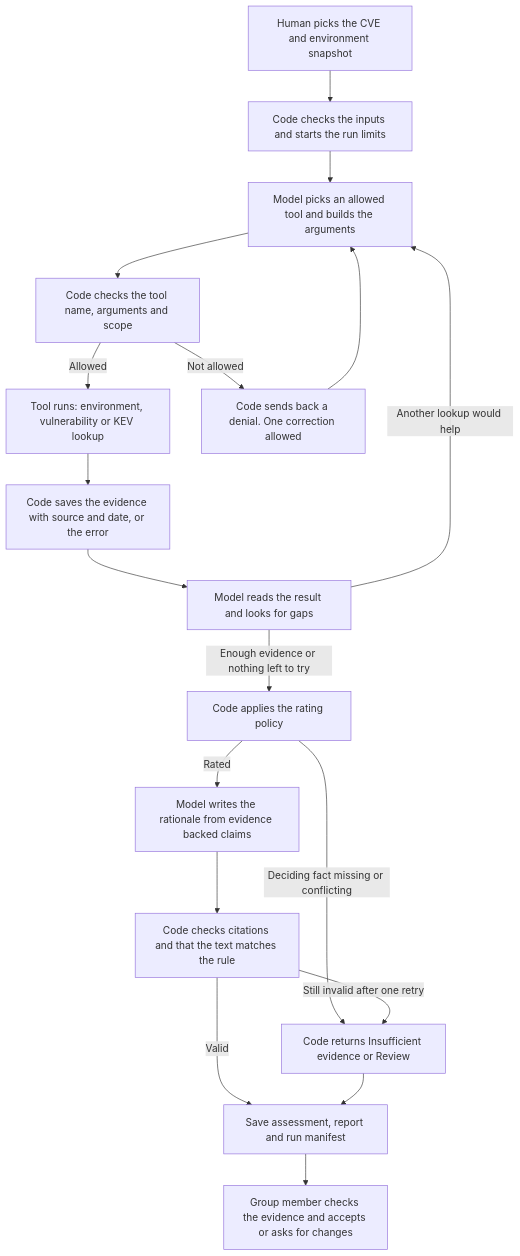
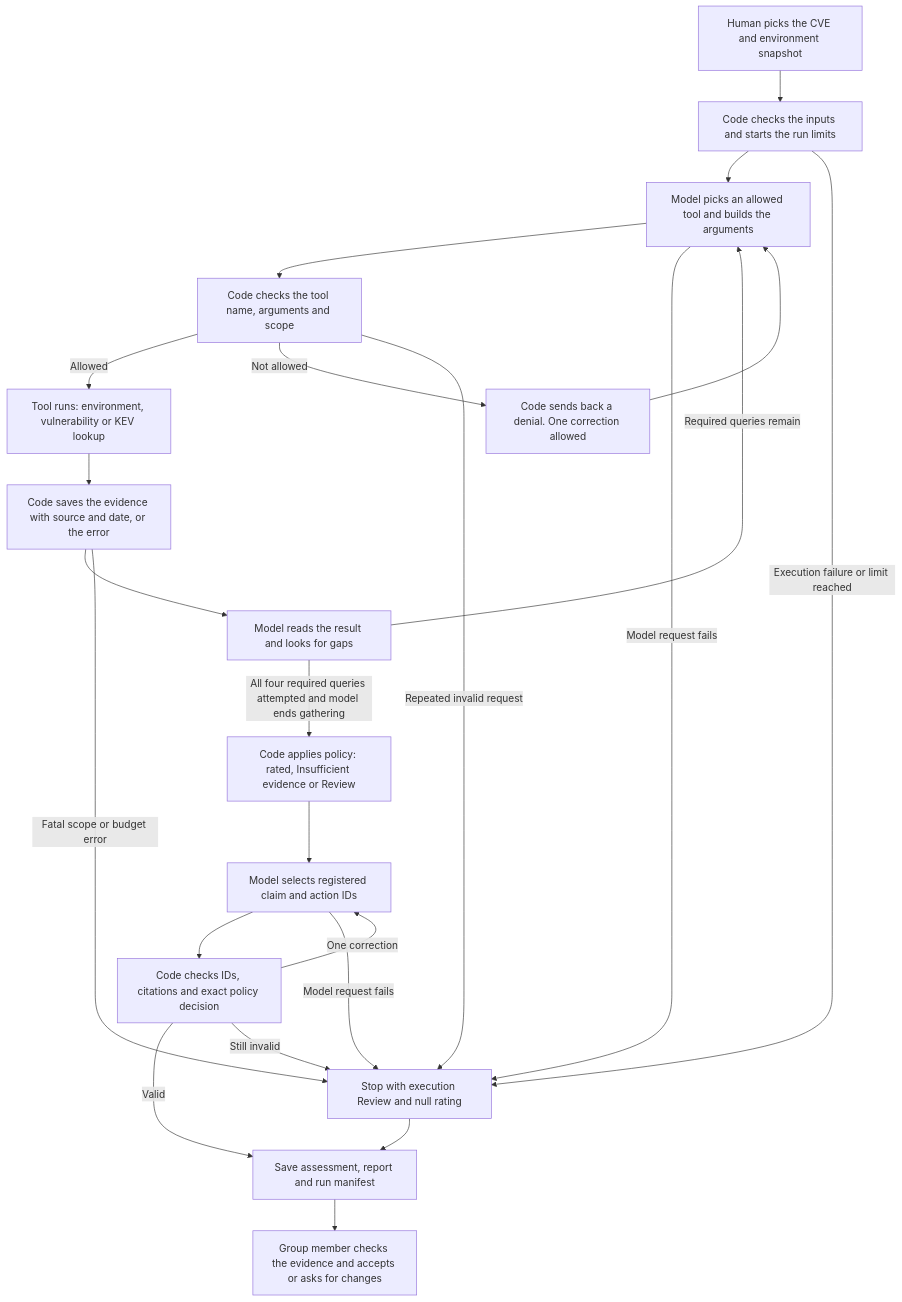
The diagram in docs/STEP_1_DESIGN.md (Deekshitha2203/security-triage-agent-cybersec590), drawn with Mermaid before and after one commit. The commit also changed other lines of this file and 5 other files, not shown here.

````diff
--- a/docs/STEP_1_DESIGN.md
+++ b/docs/STEP_1_DESIGN.md
@@ -107,20 +114,25 @@
 ```mermaid
 flowchart TD
     A[Human picks the CVE and environment snapshot] --> B[Code checks the inputs and starts the run limits]
     B --> C[Model picks an allowed tool and builds the arguments]
     C --> D[Code checks the tool name, arguments and scope]
     D -->|Allowed| E[Tool runs: environment, vulnerability or KEV lookup]
     D -->|Not allowed| F[Code sends back a denial. One correction allowed]
     F --> C
     E --> G[Code saves the evidence with source and date, or the error]
     G --> H[Model reads the result and looks for gaps]
-    H -->|Another lookup would help| C
-    H -->|Enough evidence or nothing left to try| I[Code applies the rating policy]
-    I -->|Rated| J[Model writes the rationale from evidence backed claims]
-    I -->|Deciding fact missing or conflicting| K[Code returns Insufficient evidence or Review]
-    J --> L[Code checks citations and that the text matches the rule]
+    H -->|Required queries remain| C
+    H -->|All four required queries attempted and model ends gathering| I[Code applies policy: rated, Insufficient evidence or Review]
+    I --> J[Model selects registered claim and action IDs]
+    J --> L[Code checks IDs, citations and exact policy decision]
     L -->|Valid| M[Save assessment, report and run manifest]
-    L -->|Still invalid after one retry| K
+    L -->|One correction| J
+    L -->|Still invalid| K[Stop with execution Review and null rating]
     K --> M
+    B -->|Execution failure or limit reached| K
+    C -->|Model request fails| K
+    J -->|Model request fails| K
+    D -->|Repeated invalid request| K
+    G -->|Fatal scope or budget error| K
     M --> N[Group member checks the evidence and accepts or asks for changes]
 ```
````
